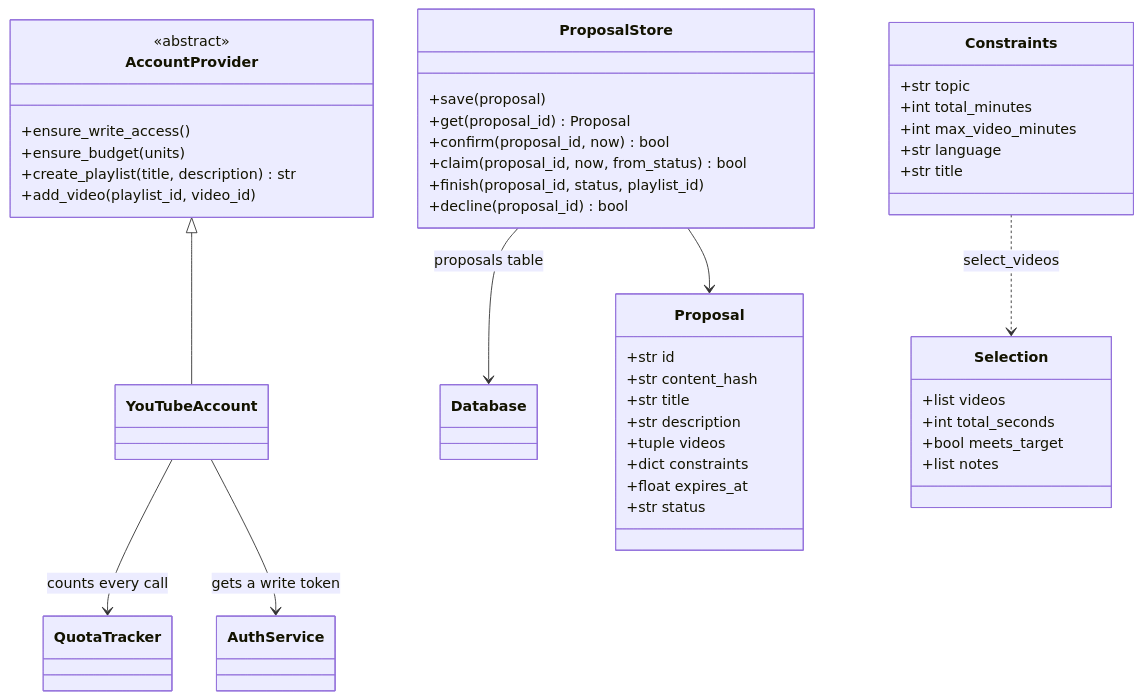
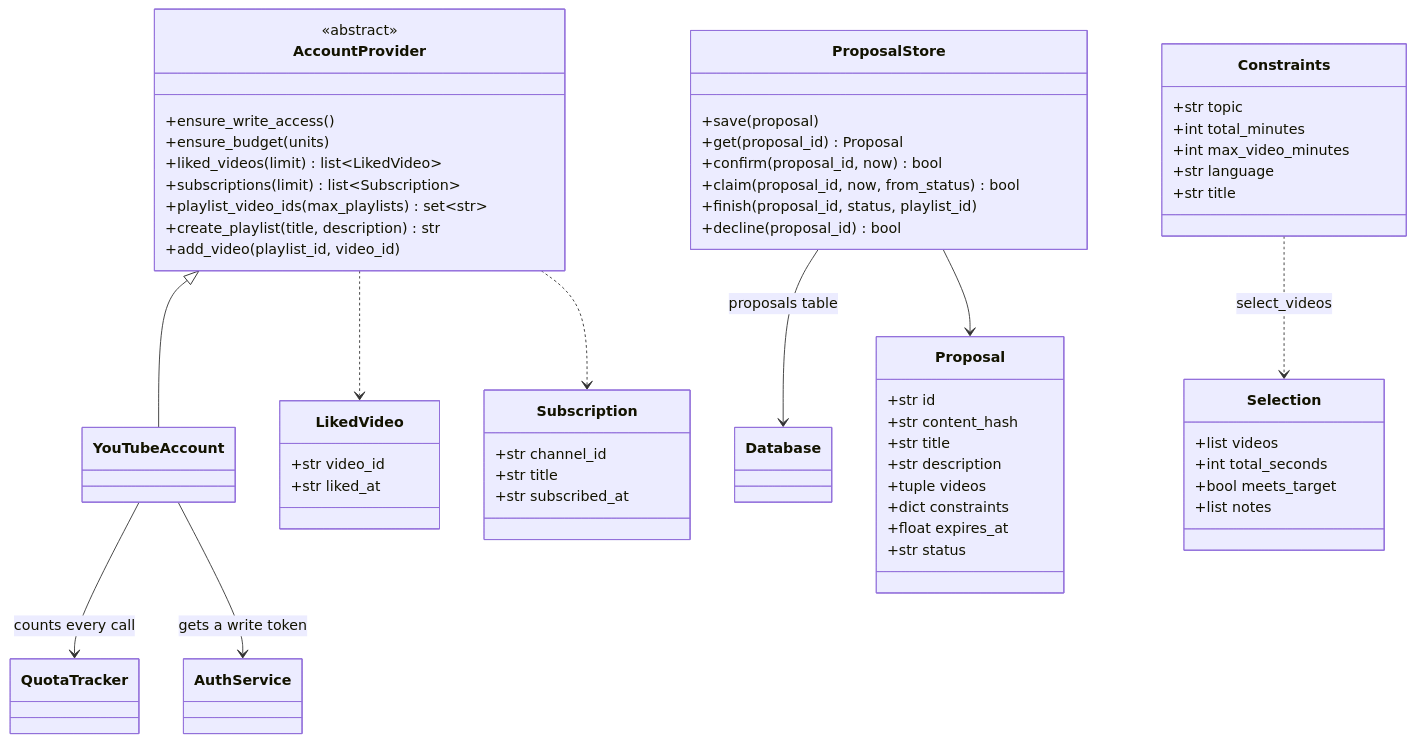
The third of 4 diagrams in docs/Areas/Design Classes.md (Chris-ops4573/Youtube_MCP_Server), drawn with Mermaid before and after one commit. The commit also changed other lines of this file and 14 other files, not shown here.

Commit message:
feat: read likes, subscriptions and playlists with the user's login

````diff
--- a/docs/Areas/Design Classes.md
+++ b/docs/Areas/Design Classes.md
@@ -105,48 +105,62 @@
 ```mermaid
 classDiagram
   class AccountProvider {
     <<abstract>>
     +ensure_write_access()
     +ensure_budget(units)
+    +liked_videos(limit) list~LikedVideo~
+    +subscriptions(limit) list~Subscription~
+    +playlist_video_ids(max_playlists) set~str~
     +create_playlist(title, description) str
     +add_video(playlist_id, video_id)
   }
   class YouTubeAccount
+  class LikedVideo {
+    +str video_id
+    +str liked_at
+  }
+  class Subscription {
+    +str channel_id
+    +str title
+    +str subscribed_at
+  }
   class ProposalStore {
     +save(proposal)
     +get(proposal_id) Proposal
     +confirm(proposal_id, now) bool
     +claim(proposal_id, now, from_status) bool
     +finish(proposal_id, status, playlist_id)
     +decline(proposal_id) bool
   }
   class Proposal {
     +str id
     +str content_hash
     +str title
     +str description
     +tuple videos
     +dict constraints
     +float expires_at
     +str status
   }
   class Constraints {
     +str topic
     +int total_minutes
     +int max_video_minutes
     +str language
     +str title
   }
   class Selection {
     +list videos
     +int total_seconds
     +bool meets_target
     +list notes
   }
   AccountProvider <|-- YouTubeAccount
+  AccountProvider ..> LikedVideo
+  AccountProvider ..> Subscription
   YouTubeAccount --> QuotaTracker : counts every call
   YouTubeAccount --> AuthService : gets a write token
   ProposalStore --> Database : proposals table
   ProposalStore --> Proposal
   Constraints ..> Selection : select_videos
 ```
````
